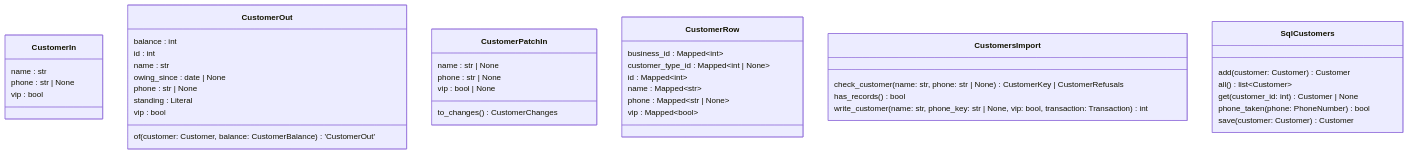
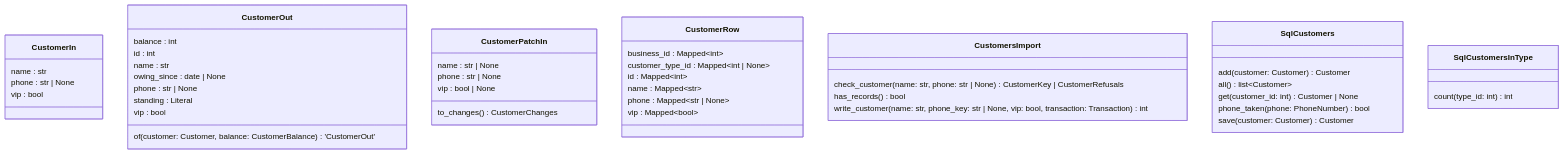
The fourth of 4 diagrams in docs/architecture/generated/classes/customers.md (GonzaloZevallos/apostrophe), drawn with Mermaid before and after one commit. The commit also changed other lines of this file and 4 other files, not shown here.

Commit message:
Regenerate the API and architecture docs for the customer types routes

````diff
--- a/docs/architecture/generated/classes/customers.md
+++ b/docs/architecture/generated/classes/customers.md
@@ -142,44 +145,47 @@
 ```mermaid
 classDiagram
   class CustomerIn {
     name : str
     phone : str #124; None
     vip : bool
   }
   class CustomerOut {
     balance : int
     id : int
     name : str
     owing_since : date #124; None
     phone : str #124; None
     standing : Literal
     vip : bool
     of(customer: Customer, balance: CustomerBalance) 'CustomerOut'
   }
   class CustomerPatchIn {
     name : str #124; None
     phone : str #124; None
     vip : bool #124; None
     to_changes() CustomerChanges
   }
   class CustomerRow {
     business_id : Mapped~int~
     customer_type_id : Mapped~int #124; None~
     id : Mapped~int~
     name : Mapped~str~
     phone : Mapped~str #124; None~
     vip : Mapped~bool~
   }
   class CustomersImport {
     check_customer(name: str, phone: str #124; None) CustomerKey #124; CustomerRefusals
     has_records() bool
     write_customer(name: str, phone_key: str #124; None, vip: bool, transaction: Transaction) int
   }
   class SqlCustomers {
     add(customer: Customer) Customer
     all() list~Customer~
     get(customer_id: int) Customer #124; None
     phone_taken(phone: PhoneNumber) bool
     save(customer: Customer) Customer
   }
+  class SqlCustomersInType {
+    count(type_id: int) int
+  }
 ```
````
